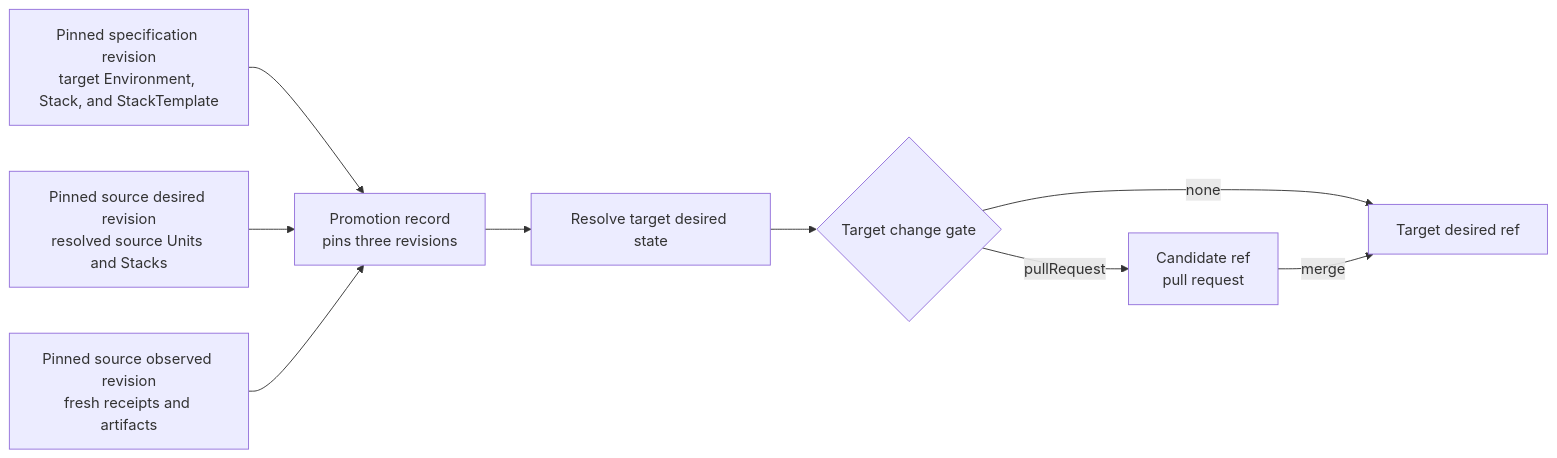
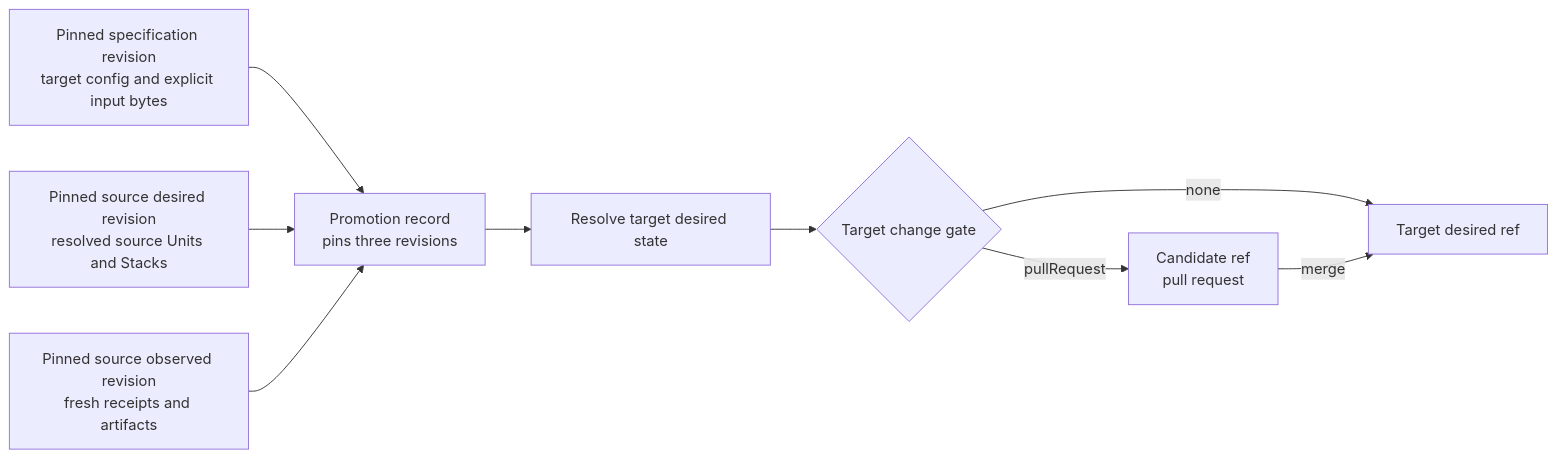
One commit to NiklasRosenstein/gitopsctr changed the second of 2 diagrams in docs/concepts.md. Above: the diagram before and after it, drawn with Mermaid. The commit also changed other lines of this file and 81 other files, not shown here.

First line of the commit message:
Complete StackTemplate and Stack orchestration (#5)

````diff
--- a/docs/concepts.md
+++ b/docs/concepts.md
@@ -87,11 +123,11 @@
 ```mermaid
 flowchart LR
-  specification["Pinned specification revision<br/>target Environment, Stack, and StackTemplate"] --> promotion["Promotion record<br/>pins three revisions"]
+  specification["Pinned specification revision<br/>target config and explicit input bytes"] --> promotion["Promotion record<br/>pins three revisions"]
   desired["Pinned source desired revision<br/>resolved source Units and Stacks"] --> promotion
   observed["Pinned source observed revision<br/>fresh receipts and artifacts"] --> promotion
   promotion --> resolution["Resolve target desired state"]
   resolution --> gate{"Target change gate"}
   gate -->|none| target["Target desired ref"]
   gate -->|pullRequest| review["Candidate ref<br/>pull request"]
   review -->|merge| target
 ```
````
